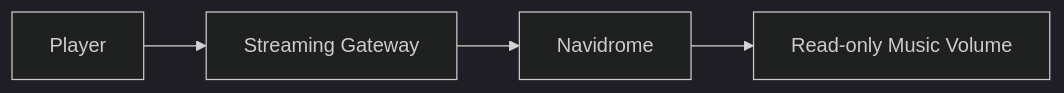
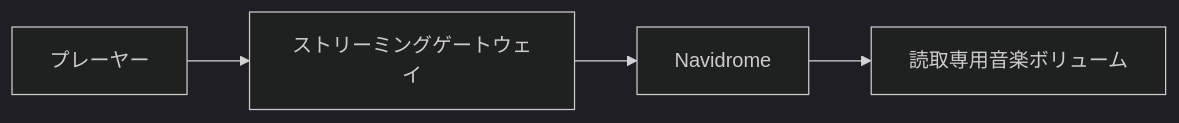
One commit to ShigeichiroYamasaki/creator-first-platform changed the sixth of 47 diagrams in docs/whitepaper/12-infrastructure-cost.md. Above: the diagram before and after it, drawn with Mermaid (dark theme). The commit also changed other lines of this file and 72 other files, not shown here.

````diff
--- a/docs/whitepaper/12-infrastructure-cost.md
+++ b/docs/whitepaper/12-infrastructure-cost.md
@@ -224,9 +224,9 @@
 ```mermaid
 flowchart LR
-    PLAYER[Player]
-    GATEWAY[Streaming Gateway]
+    PLAYER[プレーヤー]
+    GATEWAY[ストリーミングゲートウェイ]
     NAVI[Navidrome]
-    VOLUME[Read-only Music Volume]
+    VOLUME[読取専用音楽ボリューム]
 
     PLAYER --> GATEWAY --> NAVI --> VOLUME
 ```
````
